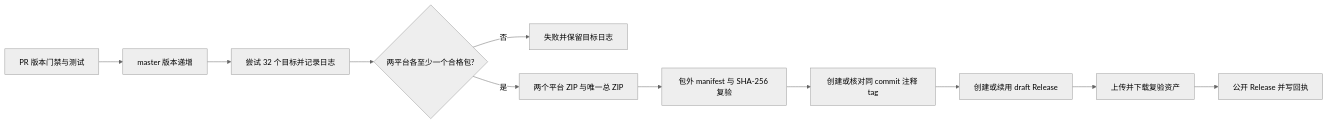
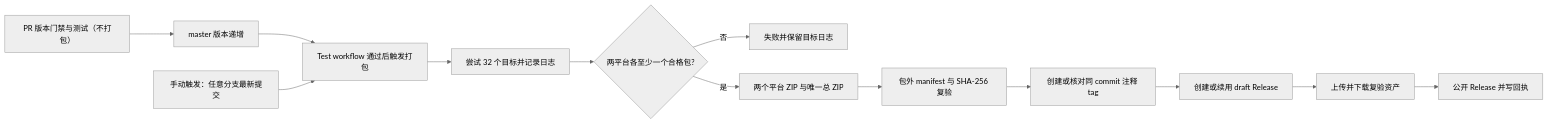
One commit to Entertech/NeuroBridge changed the diagram in doc/tech/发布工作流技术方案.md. Above: the diagram before and after it, drawn with Mermaid (neutral theme). The commit also changed other lines of this file and 3 other files, not shown here.

````diff
--- a/doc/tech/发布工作流技术方案.md
+++ b/doc/tech/发布工作流技术方案.md
@@ -18,13 +22,15 @@
 ```mermaid
 flowchart LR
-  A[PR 版本门禁与测试] --> B[master 版本递增]
-  B --> C[尝试 32 个目标并记录日志]
-  C --> D{两平台各至少一个合格包?}
-  D -->|否| E[失败并保留目标日志]
-  D -->|是| F[两个平台 ZIP 与唯一总 ZIP]
-  F --> G[包外 manifest 与 SHA-256 复验]
-  G --> H[创建或核对同 commit 注释 tag]
-  H --> I[创建或续用 draft Release]
-  I --> J[上传并下载复验资产]
-  J --> K[公开 Release 并写回执]
+  A["PR 版本门禁与测试（不打包）"] --> B[master 版本递增]
+  B --> C[Test workflow 通过后触发打包]
+  M["手动触发：任意分支最新提交"] --> C
+  C --> D[尝试 32 个目标并记录日志]
+  D --> E{两平台各至少一个合格包?}
+  E -->|否| F[失败并保留目标日志]
+  E -->|是| G[两个平台 ZIP 与唯一总 ZIP]
+  G --> H[包外 manifest 与 SHA-256 复验]
+  H --> I[创建或核对同 commit 注释 tag]
+  I --> J[创建或续用 draft Release]
+  J --> K[上传并下载复验资产]
+  K --> L[公开 Release 并写回执]
 ```
````
